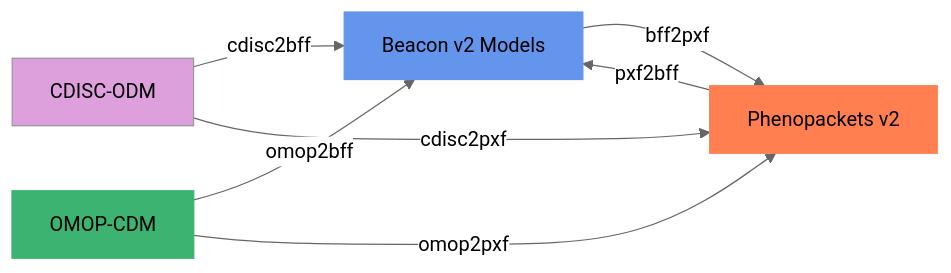
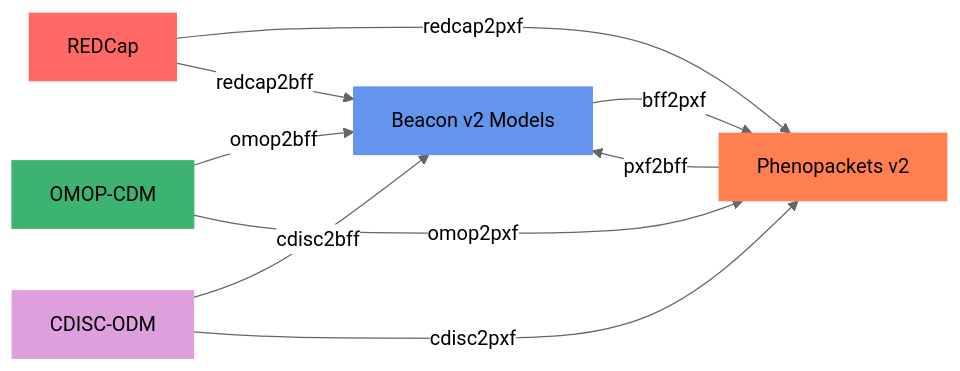
The diagram in docs/supported-formats.md (CNAG-Biomedical-Informatics/convert-pheno), drawn with Mermaid before and after one commit.

Commit message:
Source commit

````diff
--- a/docs/supported-formats.md
+++ b/docs/supported-formats.md
@@ -5,20 +5,24 @@
 ```mermaid
 %%{init: {'theme':'neutral'}}%%
 graph LR
   A[Beacon v2 Models] -->|bff2pxf| B[Phenopackets v2]
-  C[CDISC-ODM] -->|cdisc2bff| A;
+  C[REDCap] -->|redcap2pxf| B;
   D[OMOP-CDM] -->|omop2bff| A;
+  E[CDISC-ODM] -->|cdisc2bff| A;
   B -->|pxf2bff| A;
-  C -->|cdisc2pxf| B;
+  C -->|redcap2bff| A;
   D -->|omop2pxf| B;
+  E -->|cdisc2pxf| B;
 
   style A fill: #6495ED
   style A stroke: #6495ED
   style B fill: #FF7F50
   style B stroke: #FF7F50
-  style C fill: #DDA0DD
-  style C stroke: #DDA0D
+  style C fill: #FF6965
+  style C stroke: #FF6965
   style D fill: #3CB371
   style D stroke: #3CB371
+  style E fill: #DDA0DD
+  style E stroke: #DDA0DD
 
 ```
````
